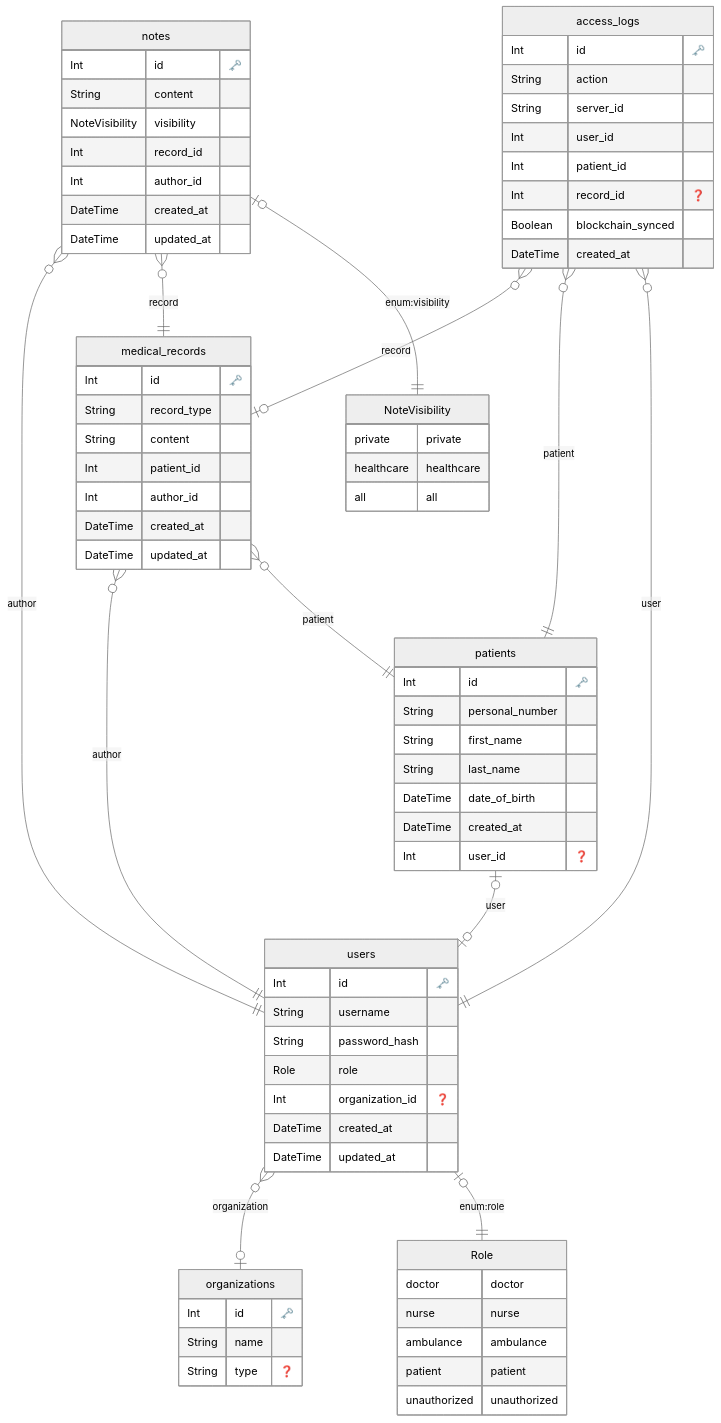
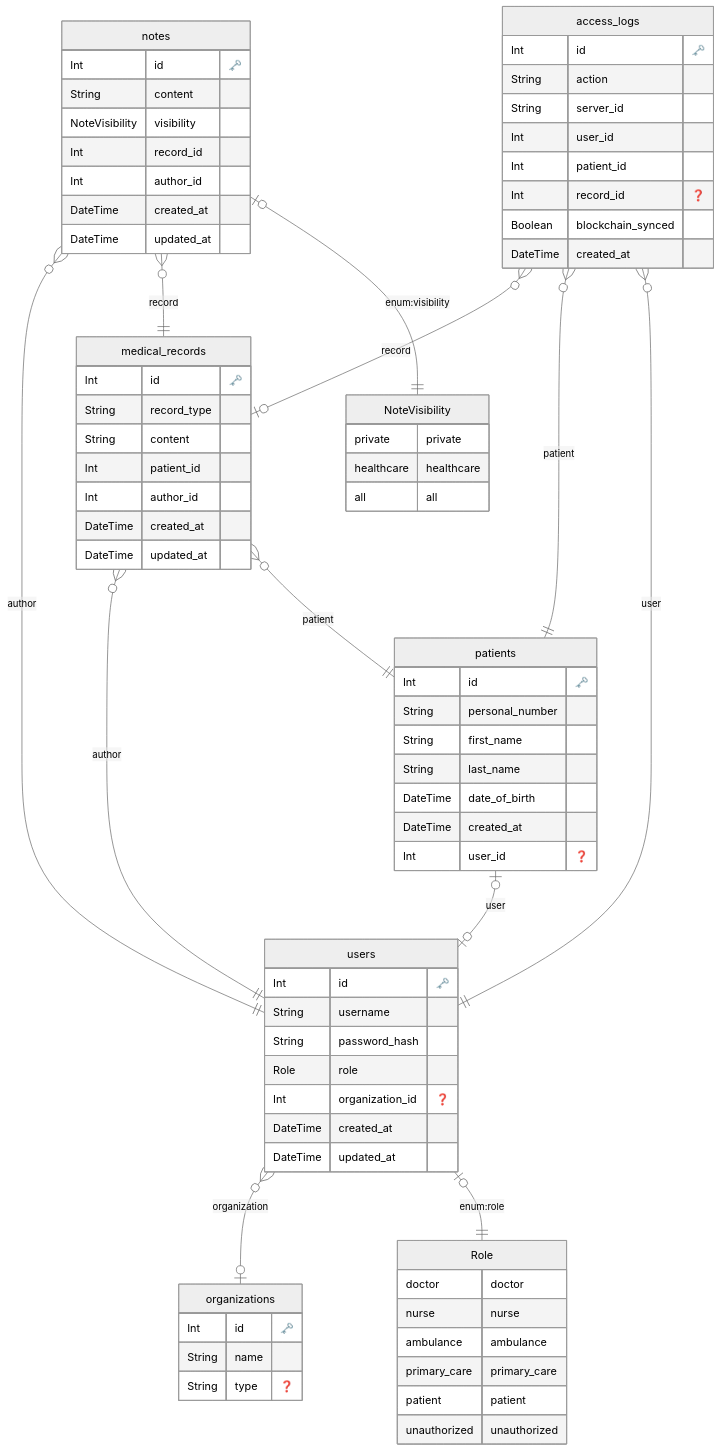
Before and after one commit to matdevstamp/inl-3-awesome-journal: the diagram in docs/diagrams/data-model.md, drawn with Mermaid (neutral theme). The commit also changed 13 other files, not shown here.

First line of the commit message:
feat: add primary_care role for vårdcentral (#52)

```diff
--- a/docs/diagrams/data-model.md
+++ b/docs/diagrams/data-model.md
@@ -5,6 +5,7 @@
             doctor doctor
 nurse nurse
 ambulance ambulance
+primary_care primary_care
 patient patient
 unauthorized unauthorized
         }
```
